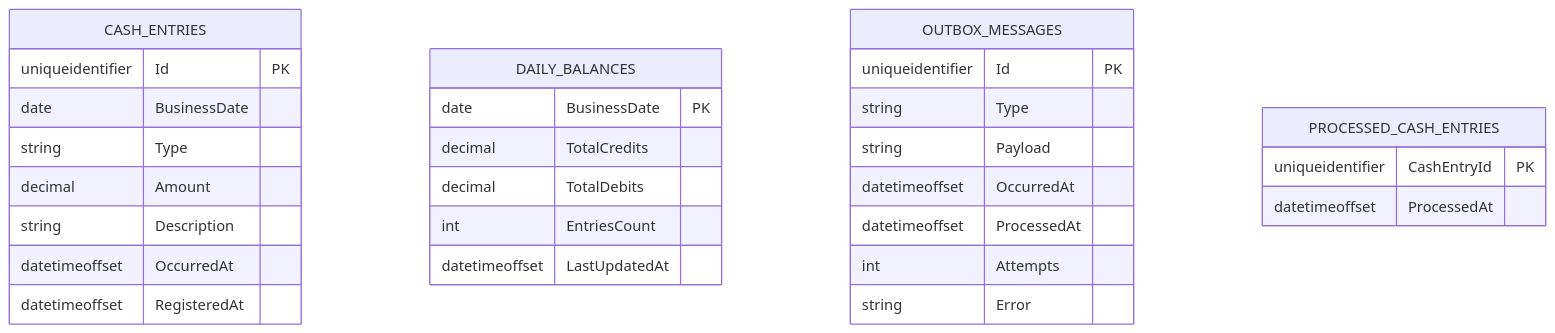
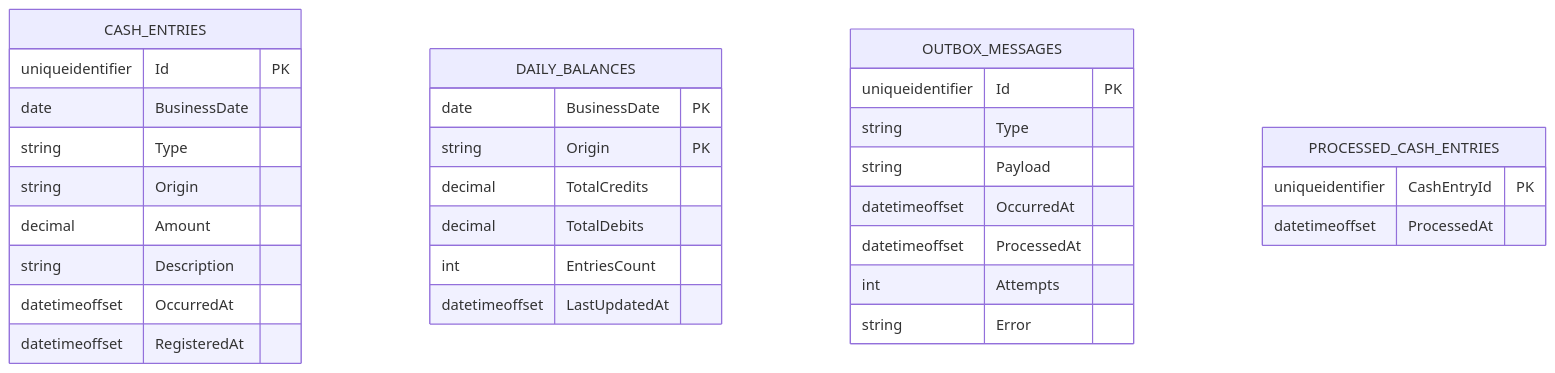
Before and after one commit to IsmaelPires/rox-technical-challenge: the fifth of 5 diagrams in docs/architecture.md, drawn with Mermaid. The commit also changed other lines of this file and 54 other files, not shown here.

````diff
--- a/docs/architecture.md
+++ b/docs/architecture.md
@@ -62,35 +89,37 @@
 ```mermaid
 erDiagram
   CASH_ENTRIES {
     uniqueidentifier Id PK
     date BusinessDate
     string Type
+    string Origin
     decimal Amount
     string Description
     datetimeoffset OccurredAt
     datetimeoffset RegisteredAt
   }
 
   DAILY_BALANCES {
     date BusinessDate PK
+    string Origin PK
     decimal TotalCredits
     decimal TotalDebits
     int EntriesCount
     datetimeoffset LastUpdatedAt
   }
 
   OUTBOX_MESSAGES {
     uniqueidentifier Id PK
     string Type
     string Payload
     datetimeoffset OccurredAt
     datetimeoffset ProcessedAt
     int Attempts
     string Error
   }
 
   PROCESSED_CASH_ENTRIES {
     uniqueidentifier CashEntryId PK
     datetimeoffset ProcessedAt
   }
 ```
````
